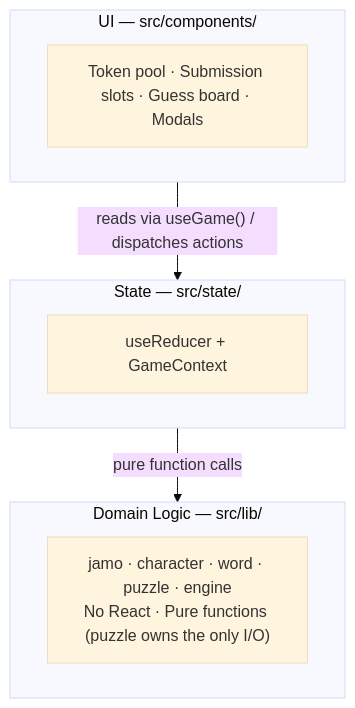
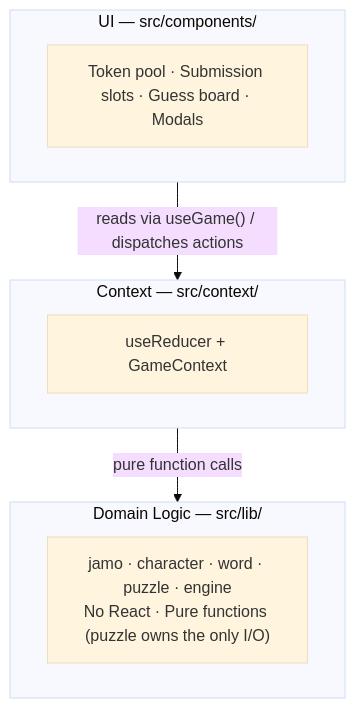
One commit to saharathkleips/binglebingle changed the diagram in docs/architecture.md. Above: the diagram before and after it, drawn with Mermaid (base theme). The commit also changed other lines of this file and 35 other files, not shown here.

````diff
--- a/docs/architecture.md
+++ b/docs/architecture.md
@@ -7,17 +7,17 @@
 ```mermaid
 flowchart TD
     subgraph UI["UI — src/components/"]
         ui["Token pool · Submission slots · Guess board · Modals"]
     end
 
-    subgraph State["State — src/state/"]
+    subgraph State["Context — src/context/"]
         state["useReducer + GameContext"]
     end
 
     subgraph Domain["Domain Logic — src/lib/"]
         domain["jamo · character · word · puzzle · engine\nNo React · Pure functions (puzzle owns the only I/O)"]
     end
 
     UI -->|"reads via useGame() / dispatches actions"| State
     State -->|"pure function calls"| Domain
 ```
````
